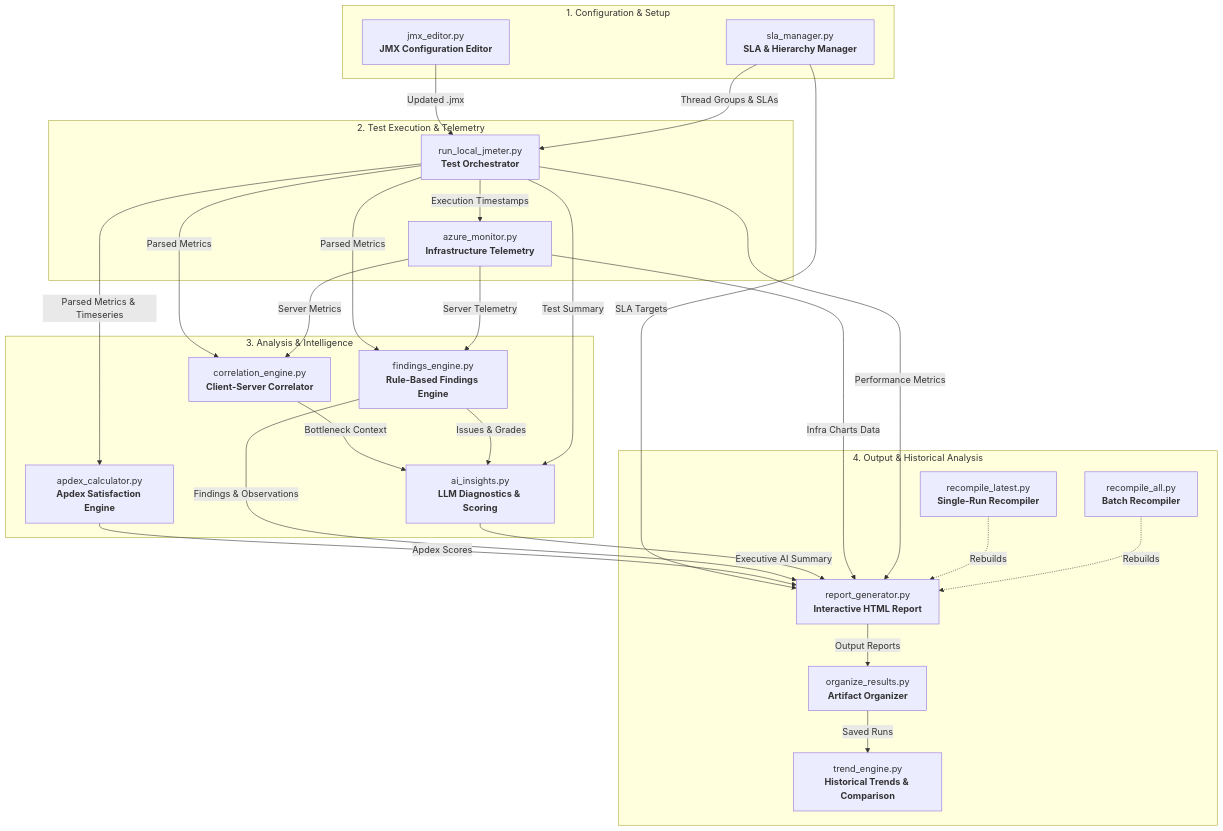
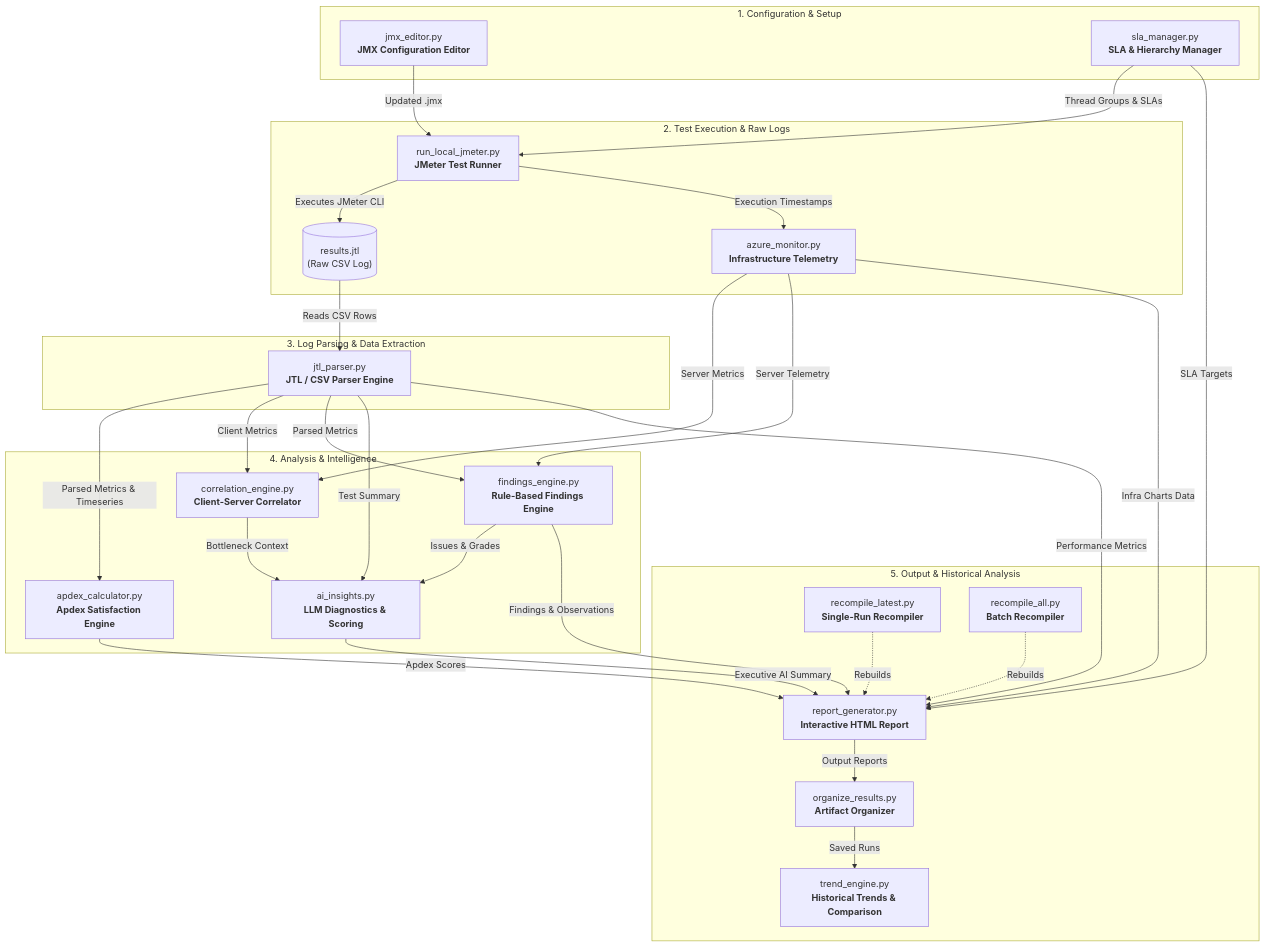
The diagram in python_files/README.md (karangangwaradro/JMeter_Dashboard), drawn with Mermaid before and after one commit. The commit also changed other lines of this file and 23 other files, not shown here.

Commit message:
refractored the run local jmeter jtl compiler as separate file

````diff
--- a/python_files/README.md
+++ b/python_files/README.md
@@ -11,55 +11,64 @@
 ```mermaid
 flowchart TD
     subgraph Configuration ["1. Configuration & Setup"]
         JMXEditor["jmx_editor.py<br/><b>JMX Configuration Editor</b>"]
         SLAManager["sla_manager.py<br/><b>SLA & Hierarchy Manager</b>"]
     end
 
-    subgraph Execution ["2. Test Execution & Telemetry"]
-        JMeterExec["run_local_jmeter.py<br/><b>Test Orchestrator</b>"]
+    subgraph Execution ["2. Test Execution & Raw Logs"]
+        JMeterExec["run_local_jmeter.py<br/><b>JMeter Test Runner</b>"]
+        RawJTL[("results.jtl<br/>(Raw CSV Log)")]
         AzureMon["azure_monitor.py<br/><b>Infrastructure Telemetry</b>"]
     end
 
-    subgraph Analytics ["3. Analysis & Intelligence"]
+    subgraph Parsing ["3. Log Parsing & Data Extraction"]
+        JTLParser["jtl_parser.py<br/><b>JTL / CSV Parser Engine</b>"]
+    end
+
+    subgraph Analytics ["4. Analysis & Intelligence"]
         Apdex["apdex_calculator.py<br/><b>Apdex Satisfaction Engine</b>"]
         Correlation["correlation_engine.py<br/><b>Client-Server Correlator</b>"]
         Findings["findings_engine.py<br/><b>Rule-Based Findings Engine</b>"]
         AI["ai_insights.py<br/><b>LLM Diagnostics & Scoring</b>"]
     end
 
-    subgraph Reporting ["4. Output & Historical Analysis"]
+    subgraph Reporting ["5. Output & Historical Analysis"]
         ReportGen["report_generator.py<br/><b>Interactive HTML Report</b>"]
         TrendEngine["trend_engine.py<br/><b>Historical Trends & Comparison</b>"]
         Organize["organize_results.py<br/><b>Artifact Organizer</b>"]
         RecompileLatest["recompile_latest.py<br/><b>Single-Run Recompiler</b>"]
         RecompileAll["recompile_all.py<br/><b>Batch Recompiler</b>"]
     end
 
     %% Flow connections
     JMXEditor -->|Updated .jmx| JMeterExec
     SLAManager -->|Thread Groups & SLAs| JMeterExec
     SLAManager -->|SLA Targets| ReportGen
 
+    JMeterExec -->|Executes JMeter CLI| RawJTL
     JMeterExec -->|Execution Timestamps| AzureMon
-    JMeterExec -->|Parsed Metrics & Timeseries| Apdex
-    JMeterExec -->|Parsed Metrics| Correlation
+    
+    RawJTL -->|Reads CSV Rows| JTLParser
+
+    JTLParser -->|Parsed Metrics & Timeseries| Apdex
+    JTLParser -->|Client Metrics| Correlation
     AzureMon -->|Server Metrics| Correlation
 
-    JMeterExec -->|Parsed Metrics| Findings
+    JTLParser -->|Parsed Metrics| Findings
     AzureMon -->|Server Telemetry| Findings
     
     Correlation -->|Bottleneck Context| AI
     Findings -->|Issues & Grades| AI
-    JMeterExec -->|Test Summary| AI
+    JTLParser -->|Test Summary| AI
 
     Apdex -->|Apdex Scores| ReportGen
     Findings -->|Findings & Observations| ReportGen
     AI -->|Executive AI Summary| ReportGen
     AzureMon -->|Infra Charts Data| ReportGen
-    JMeterExec -->|Performance Metrics| ReportGen
+    JTLParser -->|Performance Metrics| ReportGen
 
     ReportGen -->|Output Reports| Organize
     Organize -->|Saved Runs| TrendEngine
     RecompileLatest -.->|Rebuilds| ReportGen
     RecompileAll -.->|Rebuilds| ReportGen
 ```
````
